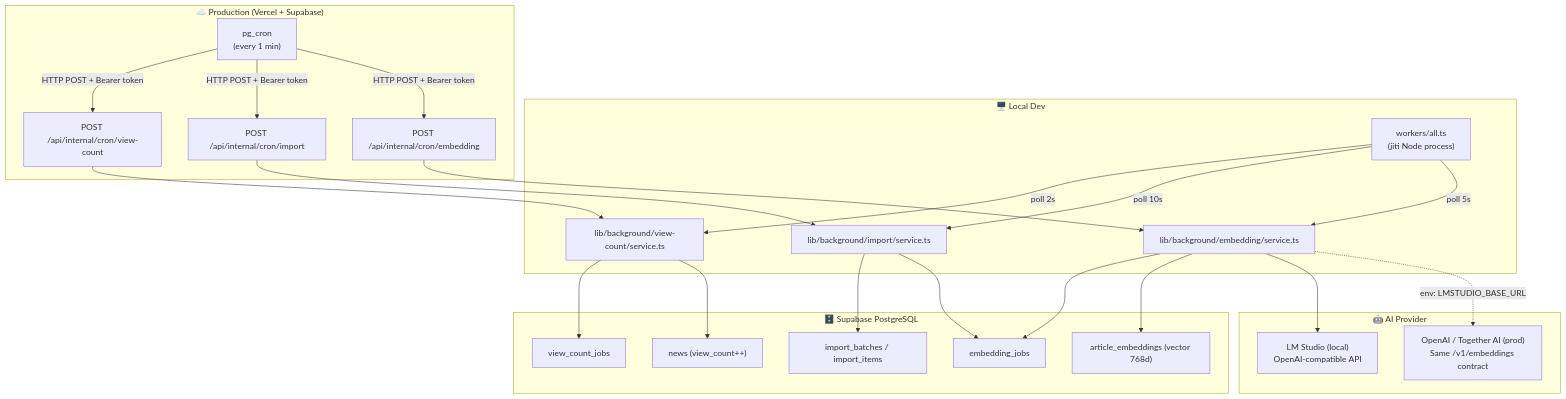
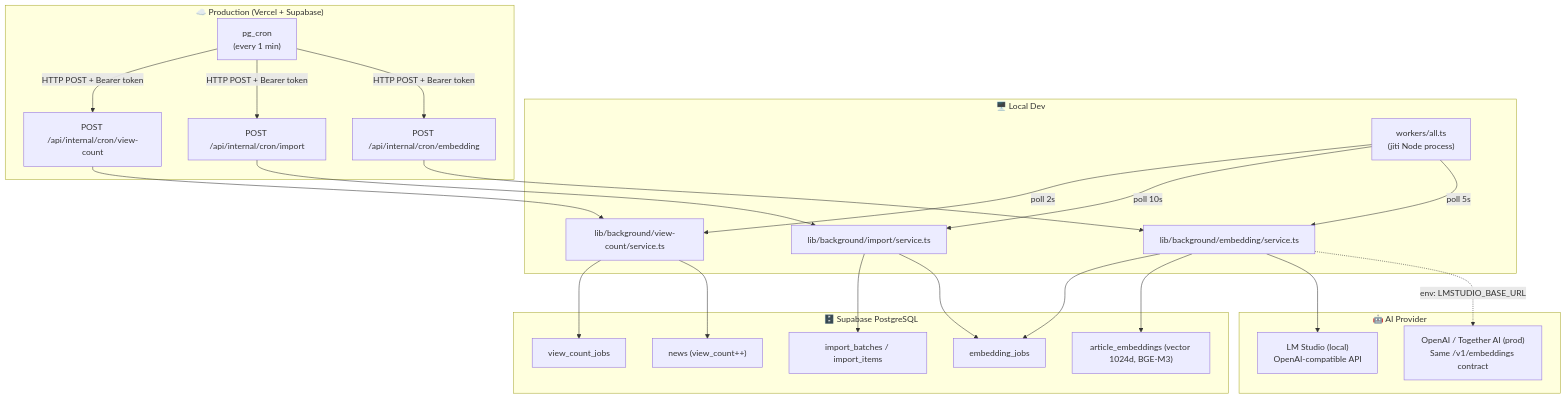
One commit to thanhtungogilvy/news-portal-architecture-mvp changed the diagram in docs/workers/README.md. Above: the diagram before and after it, drawn with Mermaid. The commit also changed 5 other files, not shown here.

````diff
--- a/docs/workers/README.md
+++ b/docs/workers/README.md
@@ -9,43 +9,43 @@
 ```mermaid
 graph TB
     subgraph LOCAL["🖥️ Local Dev"]
         W["workers/all.ts<br/>(jiti Node process)"]
         W --> |poll 2s| VC["lib/background/view-count/service.ts"]
         W --> |poll 10s| IMP["lib/background/import/service.ts"]
         W --> |poll 5s| EMB["lib/background/embedding/service.ts"]
     end
 
     subgraph PROD["☁️ Production (Vercel + Supabase)"]
         PG["pg_cron<br/>(every 1 min)"]
         PG --> |HTTP POST + Bearer token| VC_API["POST /api/internal/cron/view-count"]
         PG --> |HTTP POST + Bearer token| IMP_API["POST /api/internal/cron/import"]
         PG --> |HTTP POST + Bearer token| EMB_API["POST /api/internal/cron/embedding"]
 
         VC_API --> VC
         IMP_API --> IMP
         EMB_API --> EMB
     end
 
     subgraph DB["🗄️ Supabase PostgreSQL"]
         VCT["view_count_jobs"]
         IMPB["import_batches / import_items"]
         EJ["embedding_jobs"]
         NEWS["news (view_count++)"]
-        AE["article_embeddings (vector 768d)"]
+        AE["article_embeddings (vector 1024d, BGE-M3)"]
     end
 
     VC --> VCT
     VC --> NEWS
     IMP --> IMPB
     IMP --> EJ
     EMB --> EJ
     EMB --> AE
 
     subgraph AI["🤖 AI Provider"]
         LMS["LM Studio (local)<br/>OpenAI-compatible API"]
         OAI["OpenAI / Together AI (prod)<br/>Same /v1/embeddings contract"]
     end
 
     EMB --> LMS
     EMB -.->|env: LMSTUDIO_BASE_URL| OAI
 ```
````
